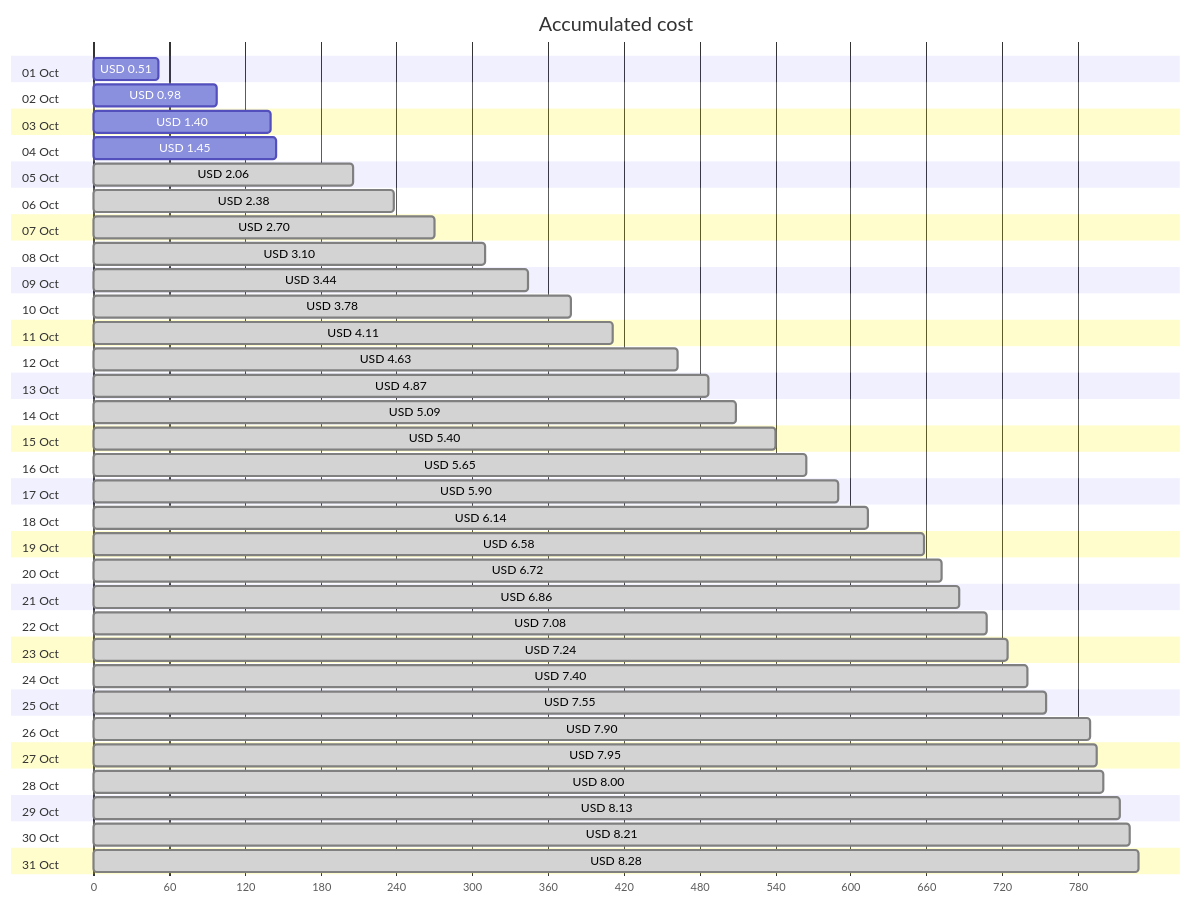
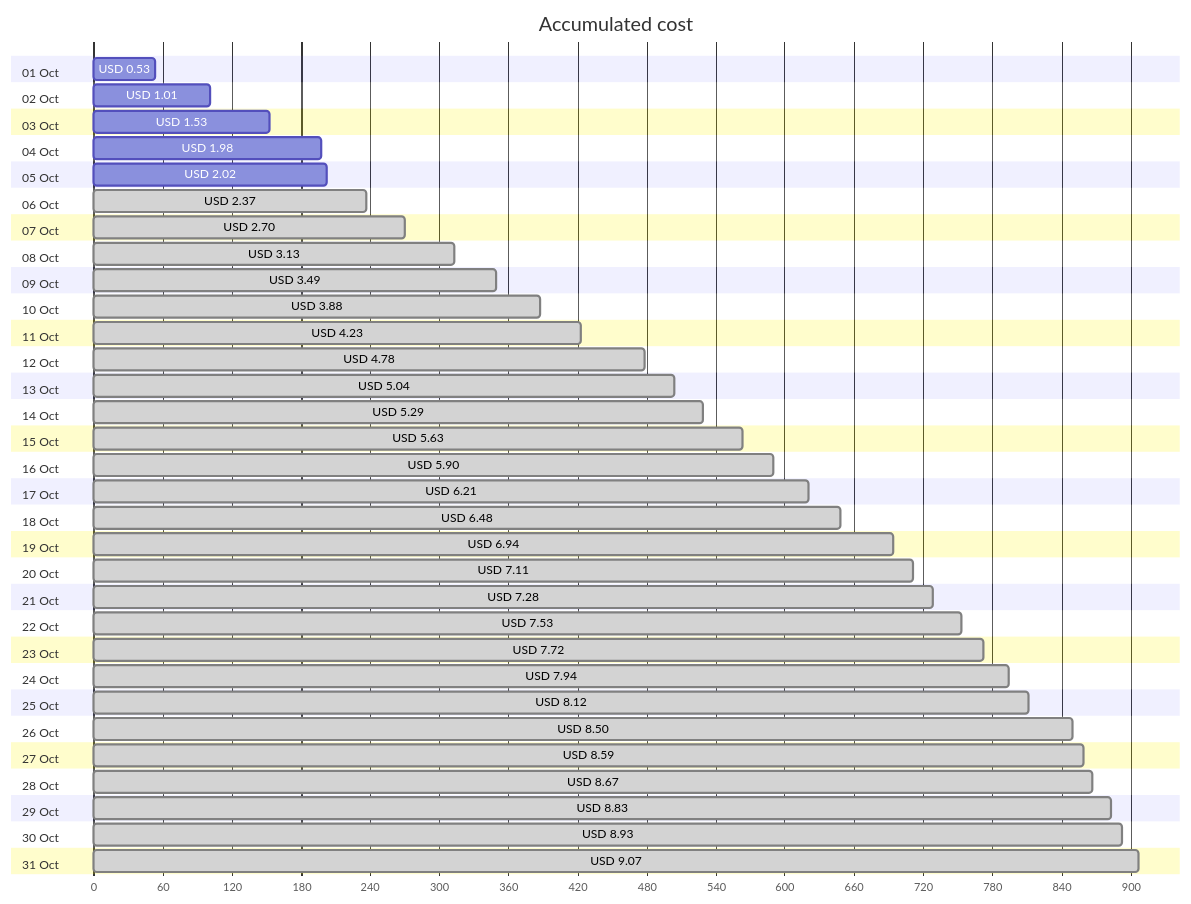
One commit to jpfulton/azure-personal-reports changed the first of 4 diagrams in cost-reports/personal-network/vpn-server.md. Above: the diagram before and after it, drawn with Mermaid. The commit also changed other lines of this file and 8 other files, not shown here.

````diff
--- a/cost-reports/personal-network/vpn-server.md
+++ b/cost-reports/personal-network/vpn-server.md
@@ -20,68 +20,68 @@
 ```mermaid
 gantt
    title Accumulated cost
    dateFormat  X
    axisFormat %s
    section 01 Oct
-   USD 0.51 :0, 51
+   USD 0.53 :0, 53
    section 02 Oct
-   USD 0.98 :0, 98
+   USD 1.01 :0, 101
    section 03 Oct
-   USD 1.40 :0, 140
+   USD 1.53 :0, 153
    section 04 Oct
-   USD 1.45 :0, 145
+   USD 1.98 :0, 198
    section 05 Oct
-   USD 2.06 : done, 0, 206
+   USD 2.02 :0, 202
    section 06 Oct
-   USD 2.38 : done, 0, 238
+   USD 2.37 : done, 0, 237
    section 07 Oct
    USD 2.70 : done, 0, 270
    section 08 Oct
-   USD 3.10 : done, 0, 310
+   USD 3.13 : done, 0, 313
    section 09 Oct
-   USD 3.44 : done, 0, 344
+   USD 3.49 : done, 0, 349
    section 10 Oct
-   USD 3.78 : done, 0, 378
+   USD 3.88 : done, 0, 388
    section 11 Oct
-   USD 4.11 : done, 0, 411
+   USD 4.23 : done, 0, 423
    section 12 Oct
-   USD 4.63 : done, 0, 463
+   USD 4.78 : done, 0, 478
    section 13 Oct
-   USD 4.87 : done, 0, 487
+   USD 5.04 : done, 0, 504
    section 14 Oct
-   USD 5.09 : done, 0, 509
+   USD 5.29 : done, 0, 529
    section 15 Oct
-   USD 5.40 : done, 0, 540
+   USD 5.63 : done, 0, 563
    section 16 Oct
-   USD 5.65 : done, 0, 565
+   USD 5.90 : done, 0, 590
    section 17 Oct
-   USD 5.90 : done, 0, 590
+   USD 6.21 : done, 0, 621
    section 18 Oct
-   USD 6.14 : done, 0, 614
+   USD 6.48 : done, 0, 648
    section 19 Oct
-   USD 6.58 : done, 0, 658
+   USD 6.94 : done, 0, 694
    section 20 Oct
-   USD 6.72 : done, 0, 672
+   USD 7.11 : done, 0, 711
    section 21 Oct
-   USD 6.86 : done, 0, 686
+   USD 7.28 : done, 0, 728
    section 22 Oct
-   USD 7.08 : done, 0, 708
+   USD 7.53 : done, 0, 753
    section 23 Oct
-   USD 7.24 : done, 0, 724
+   USD 7.72 : done, 0, 772
    section 24 Oct
-   USD 7.40 : done, 0, 740
+   USD 7.94 : done, 0, 794
    section 25 Oct
-   USD 7.55 : done, 0, 755
+   USD 8.12 : done, 0, 812
    section 26 Oct
-   USD 7.90 : done, 0, 790
+   USD 8.50 : done, 0, 850
    section 27 Oct
-   USD 7.95 : done, 0, 795
+   USD 8.59 : done, 0, 859
    section 28 Oct
-   USD 8.00 : done, 0, 800
+   USD 8.67 : done, 0, 867
    section 29 Oct
-   USD 8.13 : done, 0, 813
+   USD 8.83 : done, 0, 883
    section 30 Oct
-   USD 8.21 : done, 0, 821
+   USD 8.93 : done, 0, 893
    section 31 Oct
-   USD 8.28 : done, 0, 828
+   USD 9.07 : done, 0, 907
 ```
````
